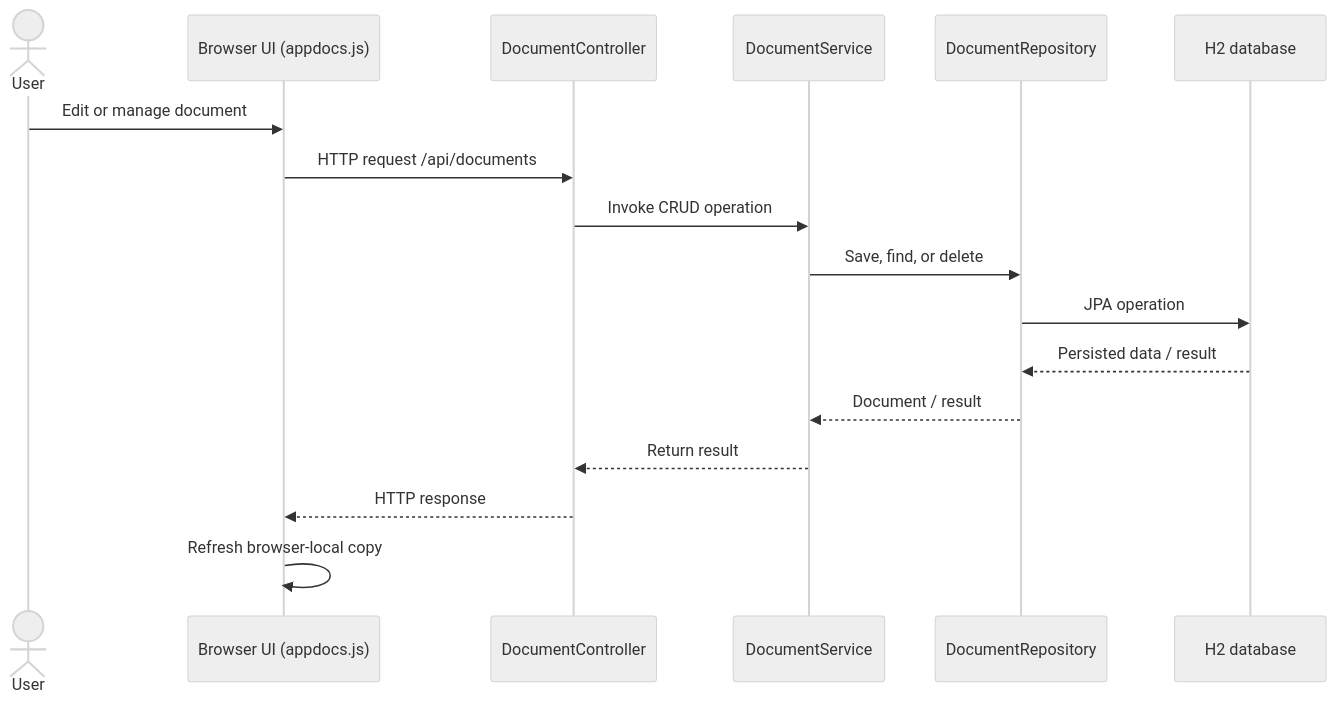
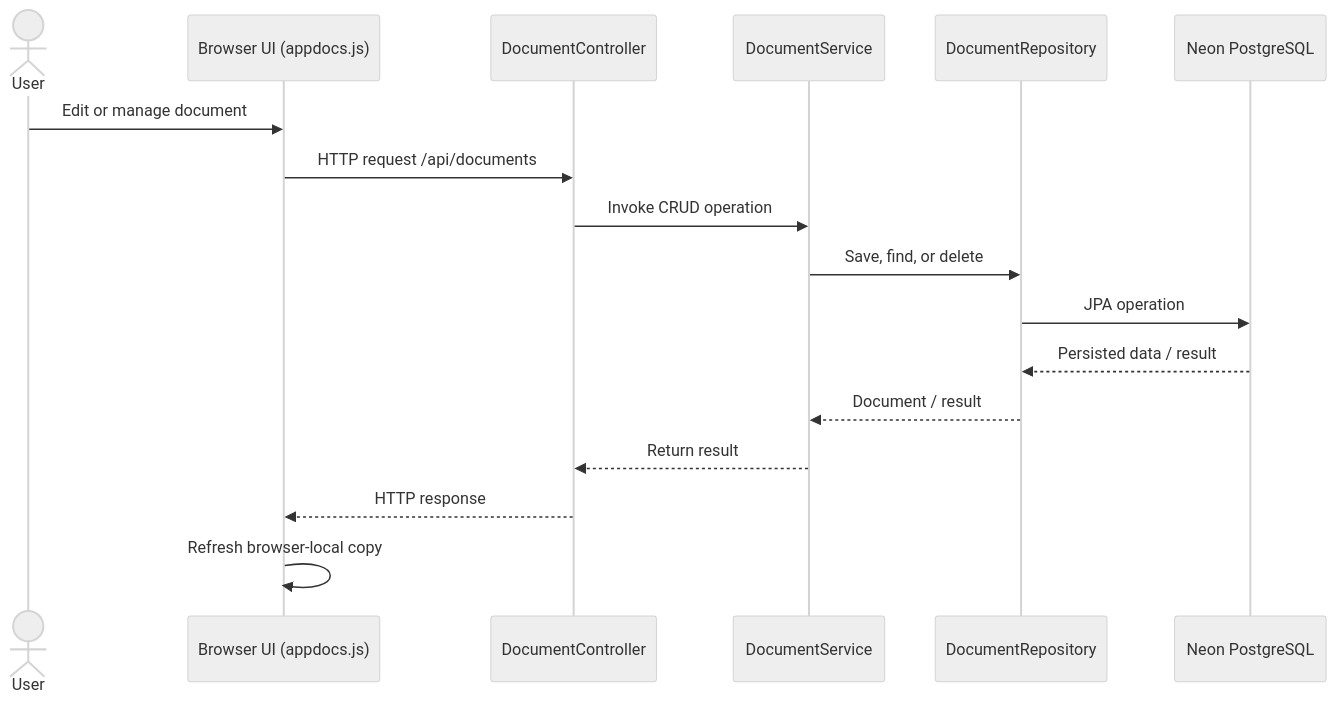
Before and after one commit to md2004sameer/squareone: the second of 3 diagrams in docs/architecture.md, drawn with Mermaid (neutral theme). The commit also changed other lines of this file and 16 other files, not shown here.

````diff
--- a/docs/architecture.md
+++ b/docs/architecture.md
@@ -73,20 +88,20 @@
 ```mermaid
 sequenceDiagram
     actor User
     participant UI as Browser UI (appdocs.js)
     participant API as DocumentController
     participant Service as DocumentService
     participant Repo as DocumentRepository
-    participant DB as H2 database
+    participant DB as Neon PostgreSQL
 
     User->>UI: Edit or manage document
     UI->>API: HTTP request /api/documents
     API->>Service: Invoke CRUD operation
     Service->>Repo: Save, find, or delete
     Repo->>DB: JPA operation
     DB-->>Repo: Persisted data / result
     Repo-->>Service: Document / result
     Service-->>API: Return result
     API-->>UI: HTTP response
     UI->>UI: Refresh browser-local copy
 ```
````
